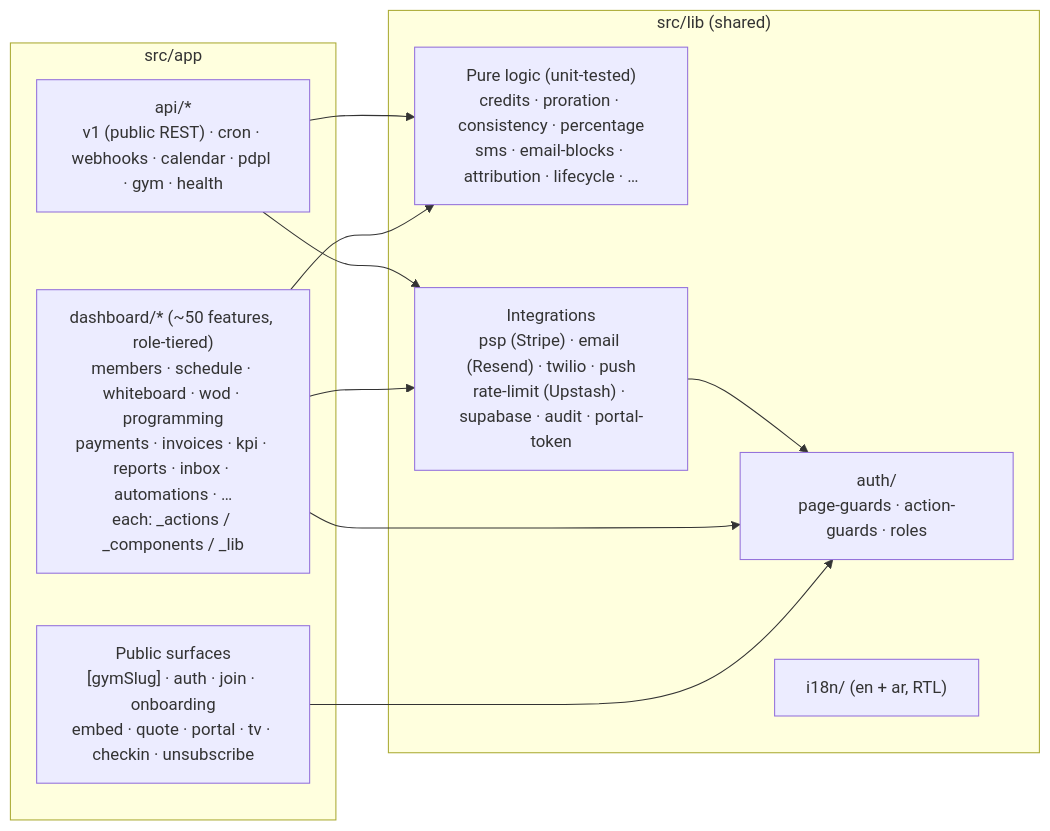
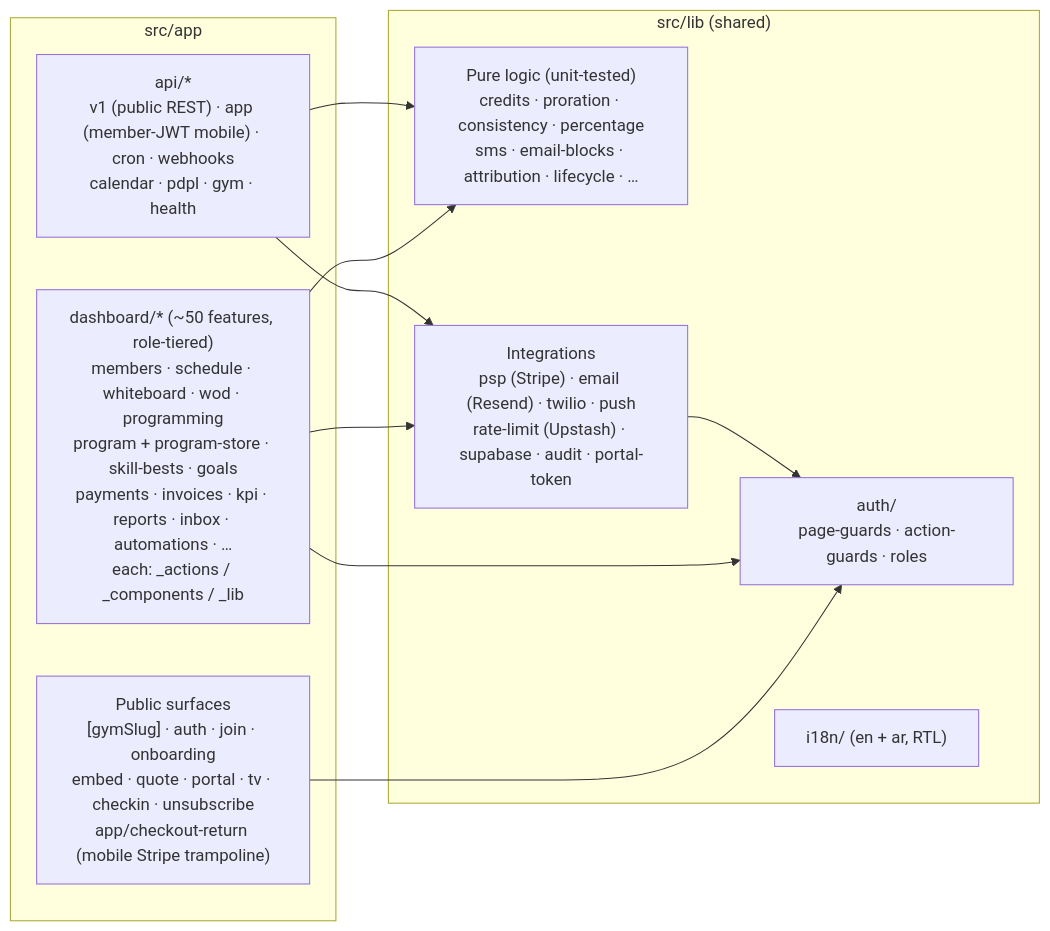
Before and after one commit to Walidsh87/circle-glofox: the fourth of 6 diagrams in docs/ARCHITECTURE.md, drawn with Mermaid. The commit also changed other lines of this file and 12 other files, not shown here.

First line of the commit message:
feat: audit close-out — mig 096 hardening, automated a11y gate, AA contrast, ARCHITECTURE re-ground (#109)

````diff
--- a/docs/ARCHITECTURE.md
+++ b/docs/ARCHITECTURE.md
@@ -132,23 +143,23 @@
 ```mermaid
 flowchart LR
   subgraph app["src/app"]
-    PUBSURF["Public surfaces<br/>[gymSlug] · auth · join · onboarding<br/>embed · quote · portal · tv · checkin · unsubscribe"]
-    DASH["dashboard/* (~50 features, role-tiered)<br/>members · schedule · whiteboard · wod · programming<br/>payments · invoices · kpi · reports · inbox · automations · …<br/>each: _actions / _components / _lib"]
-    API["api/*<br/>v1 (public REST) · cron · webhooks · calendar · pdpl · gym · health"]
+    PUBSURF["Public surfaces<br/>[gymSlug] · auth · join · onboarding<br/>embed · quote · portal · tv · checkin · unsubscribe<br/>app/checkout-return (mobile Stripe trampoline)"]
+    DASH["dashboard/* (~50 features, role-tiered)<br/>members · schedule · whiteboard · wod · programming<br/>program + program-store · skill-bests · goals<br/>payments · invoices · kpi · reports · inbox · automations · …<br/>each: _actions / _components / _lib"]
+    API["api/*<br/>v1 (public REST) · app (member-JWT mobile) · cron · webhooks<br/>calendar · pdpl · gym · health"]
   end
 
   subgraph lib["src/lib (shared)"]
     PURE["Pure logic (unit-tested)<br/>credits · proration · consistency · percentage<br/>sms · email-blocks · attribution · lifecycle · …"]
     INTEG["Integrations<br/>psp (Stripe) · email (Resend) · twilio · push<br/>rate-limit (Upstash) · supabase · audit · portal-token"]
     AUTH["auth/<br/>page-guards · action-guards · roles"]
     I18N["i18n/ (en + ar, RTL)"]
   end
 
   PUBSURF --> AUTH
   DASH --> AUTH
   DASH --> PURE
   DASH --> INTEG
   API --> INTEG
   API --> PURE
   INTEG --> AUTH
 ```
````
